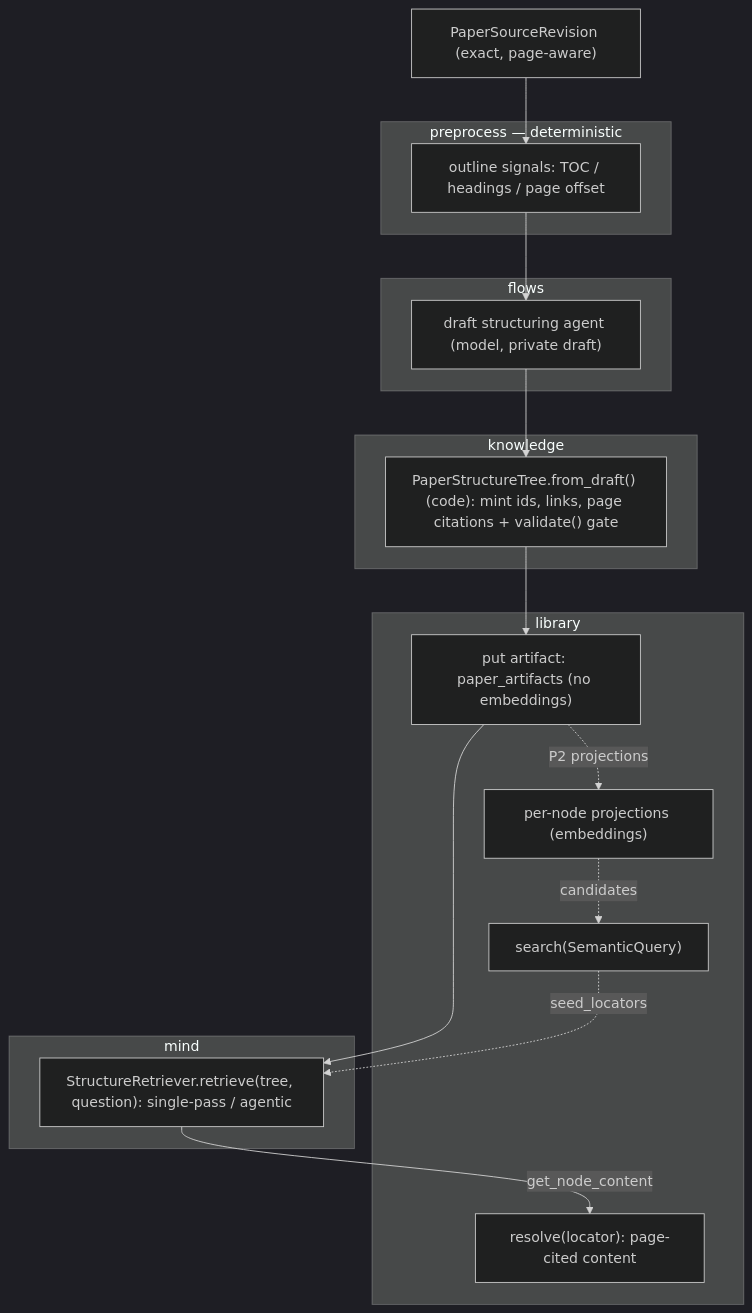
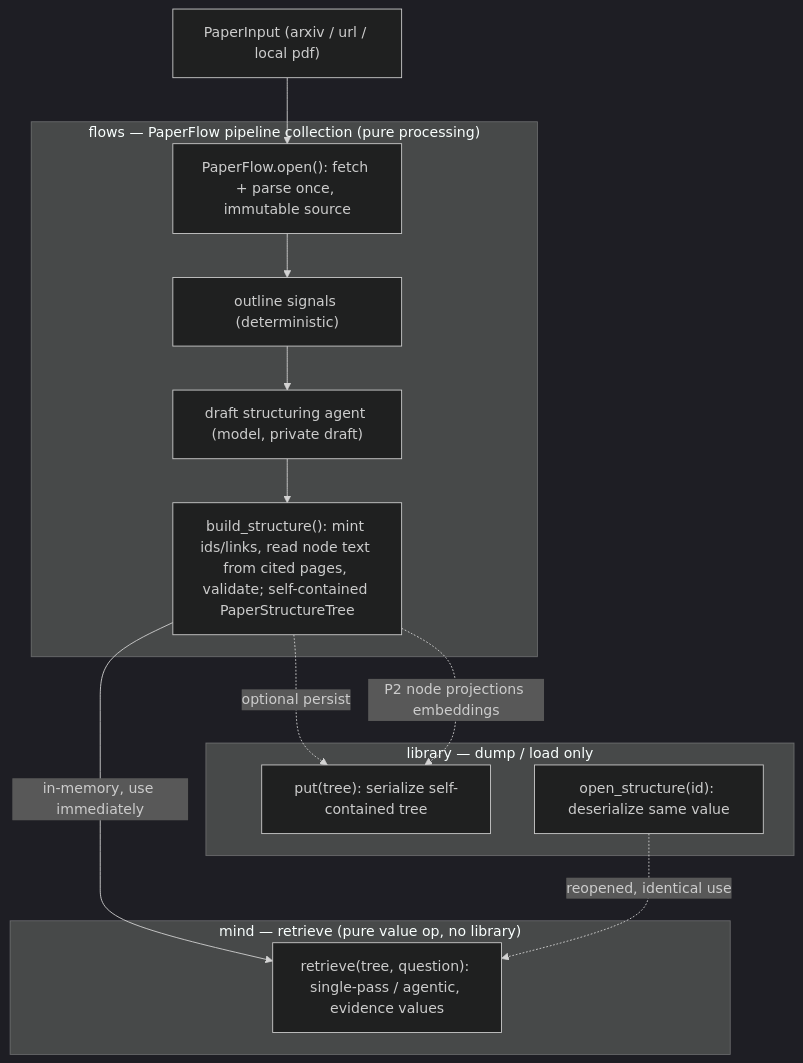
The diagram in contexts/design/mind/retrieval.md (LLMQuant/quant-mind), drawn with Mermaid (dark theme) before and after one commit. The commit also changed other lines of this file and 24 other files, not shown here.

First line of the commit message:
refactor(mind): self-contained structure tree; library-free retrieval

````diff
--- a/contexts/design/mind/retrieval.md
+++ b/contexts/design/mind/retrieval.md
@@ -63,31 +97,22 @@
 ```mermaid
 flowchart TD
-    PD["PaperSourceRevision (exact, page-aware)"]
-    subgraph PRE["preprocess — deterministic"]
-        OUT["outline signals: TOC / headings / page offset"]
+    IN["PaperInput (arxiv / url / local pdf)"]
+    subgraph FLW["flows — PaperFlow pipeline collection (pure processing)"]
+        OPEN["PaperFlow.open(): fetch + parse once, immutable source"]
+        OUT["outline signals (deterministic)"]
+        DRAFT["draft structuring agent (model, private draft)"]
+        BUILD["build_structure(): mint ids/links, read node text from cited pages, validate; self-contained PaperStructureTree"]
     end
-    subgraph FLW["flows"]
-        DRAFT["draft structuring agent (model, private draft)"]
+    subgraph LIB["library — dump / load only"]
+        PUT["put(tree): serialize self-contained tree"]
+        OPENT["open_structure(id): deserialize same value"]
     end
-    subgraph KNW["knowledge"]
-        FD["PaperStructureTree.from_draft() (code): mint ids, links, page citations + validate() gate"]
+    subgraph MND["mind — retrieve (pure value op, no library)"]
+        RET["retrieve(tree, question): single-pass / agentic, evidence values"]
     end
-    subgraph LIB["library"]
-        PUT["put artifact: paper_artifacts (no embeddings)"]
-        PROJ["per-node projections (embeddings)"]
-        SRCH["search(SemanticQuery)"]
-        RES["resolve(locator): page-cited content"]
-    end
-    subgraph MND["mind"]
-        NAV["StructureRetriever.retrieve(tree, question): single-pass / agentic"]
-    end
-    PD --> OUT
-    OUT --> DRAFT
-    DRAFT --> FD
-    FD --> PUT
-    PUT --> NAV
-    NAV -->|get_node_content| RES
-    PUT -.->|P2 projections| PROJ
-    PROJ -.->|candidates| SRCH
-    SRCH -.->|seed_locators| NAV
+    IN --> OPEN --> OUT --> DRAFT --> BUILD
+    BUILD -->|in-memory, use immediately| RET
+    BUILD -.->|optional persist| PUT
+    OPENT -.->|reopened, identical use| RET
+    BUILD -.->|P2 node projections embeddings| PUT
 ```
````
